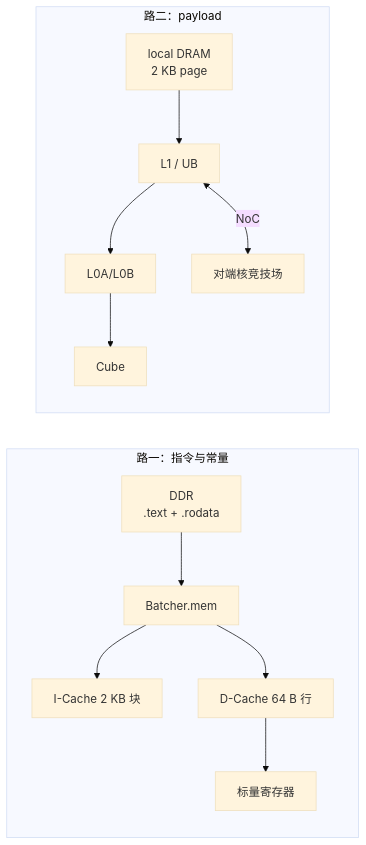
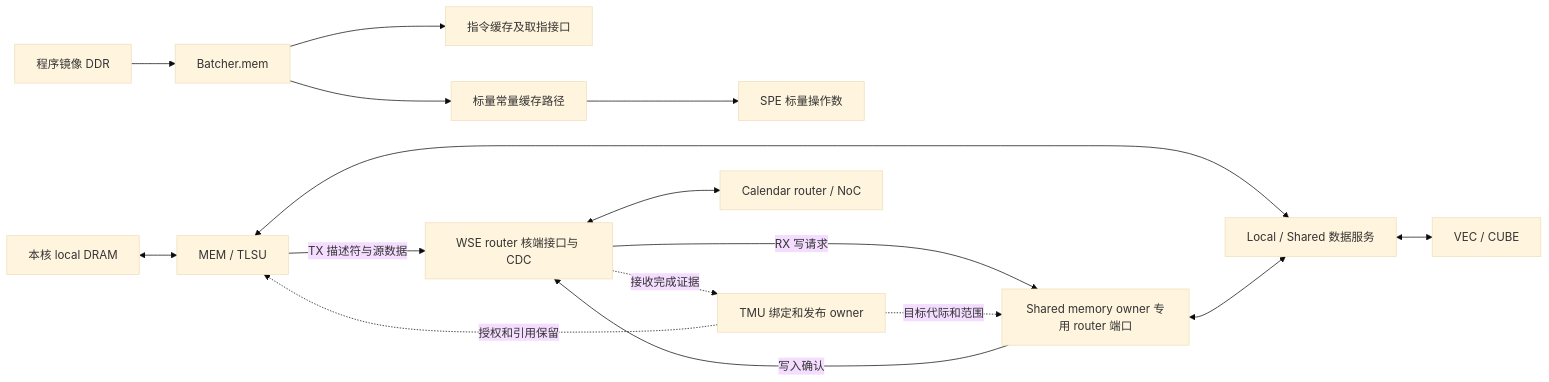
One commit to PTO-ISA/wse-model changed the third of 12 diagrams in docs/design/wse-system-architecture-whitepaper.md. Above: the diagram before and after it, drawn with Mermaid (base theme). The commit also changed other lines of this file and 9 other files, not shown here.

Commit message:
docs: migrate WSE whitepaper to SuperscalarNPU router interfaces

````diff
--- a/docs/design/wse-system-architecture-whitepaper.md
+++ b/docs/design/wse-system-architecture-whitepaper.md
@@ -184,11 +185,18 @@
 ```mermaid
 flowchart LR
-  subgraph A[路一：指令与常量]
-    DDR[DDR<br/>.text + .rodata] --> BM[Batcher.mem] --> IC[I-Cache 2 KB 块]
-    BM --> DC[D-Cache 64 B 行] --> GPR[标量寄存器]
-  end
-  subgraph B[路二：payload]
-    LD[local DRAM<br/>2 KB page] --> L1B[L1 / UB] --> L0[L0A/L0B] --> CU[Cube]
-    L1B <-->|NoC| PEER[对端核竞技场]
-  end
+  DDR[程序镜像 DDR] --> BM[Batcher.mem]
+  BM --> IC[指令缓存及取指接口]
+  BM --> DC[标量常量缓存路径]
+  DC --> GPR[SPE 标量操作数]
+  DRAM[本核 local DRAM] <--> MEM[MEM / TLSU]
+  MEM <--> TILE[Local / Shared 数据服务]
+  TILE <--> EU[VEC / CUBE]
+  MEM -->|TX 描述符与源数据| ADP[WSE router 核端接口与 CDC]
+  ADP -->|RX 写请求| SHM[Shared memory owner 专用 router 端口]
+  SHM -->|写入确认| ADP
+  SHM <--> TILE
+  TMU[TMU 绑定和发布 owner] -.授权和引用保留.-> MEM
+  TMU -.目标代际和范围.-> SHM
+  ADP -.接收完成证据.-> TMU
+  ADP <--> NOC[Calendar router / NoC]
 ```
````
